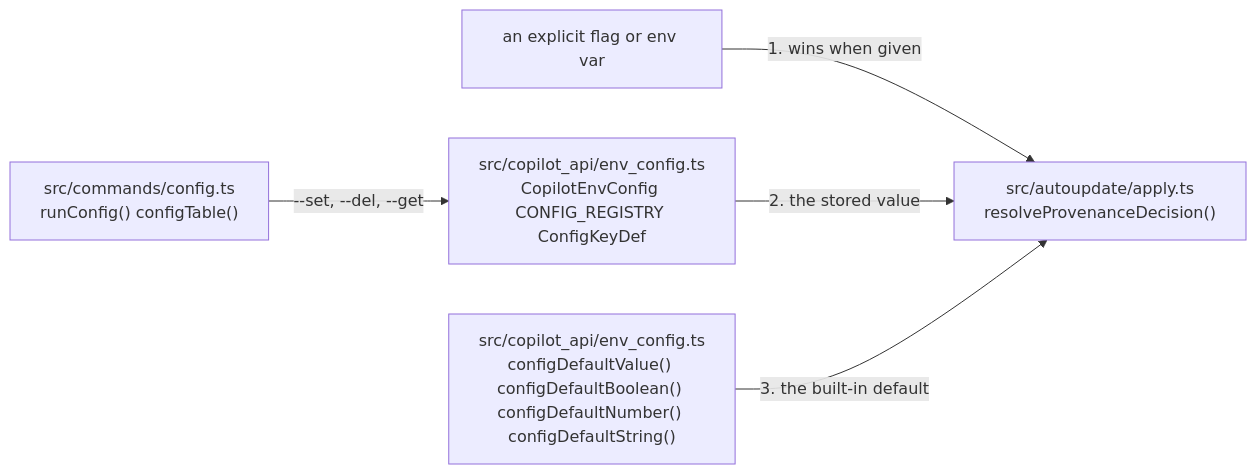
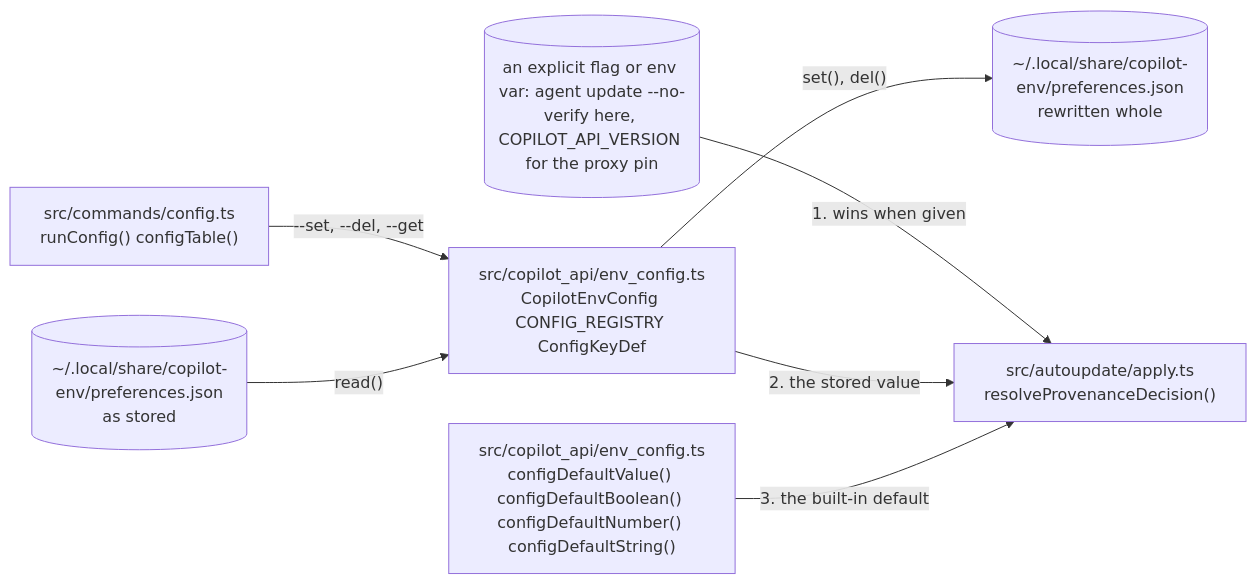
Before and after one commit to Vivswan/copilot-env: the fifth of 8 diagrams in docs/architecture.md, drawn with Mermaid. The commit also changed other lines of this file and 7 other files, not shown here.

Commit message:
docs: start every architecture diagram at what it reads and end at what it writes; group the site sidebar (#271)

````diff
--- a/docs/architecture.md
+++ b/docs/architecture.md
@@ -100,12 +165,16 @@
 ```mermaid
 flowchart LR
+  flag[("an explicit flag or env var: agent update --no-verify here, COPILOT_API_VERSION for the proxy pin")]
   cmd["src/commands/config.ts<br>runConfig() configTable()"]
-  flag["an explicit flag or env var"]
+  prefsin[("~/.local/share/copilot-env/preferences.json<br>as stored")]
   store["src/copilot_api/env_config.ts<br>CopilotEnvConfig CONFIG_REGISTRY ConfigKeyDef"]
   dflt["src/copilot_api/env_config.ts<br>configDefaultValue() configDefaultBoolean() configDefaultNumber() configDefaultString()"]
   site["src/autoupdate/apply.ts<br>resolveProvenanceDecision()"]
+  prefsout[("~/.local/share/copilot-env/preferences.json<br>rewritten whole")]
   cmd -->|"--set, --del, --get"| store
+  prefsin -->|"read()"| store
+  store -->|"set(), del()"| prefsout
   flag -->|"1. wins when given"| site
   store -->|"2. the stored value"| site
   dflt -->|"3. the built-in default"| site
 ```
````
